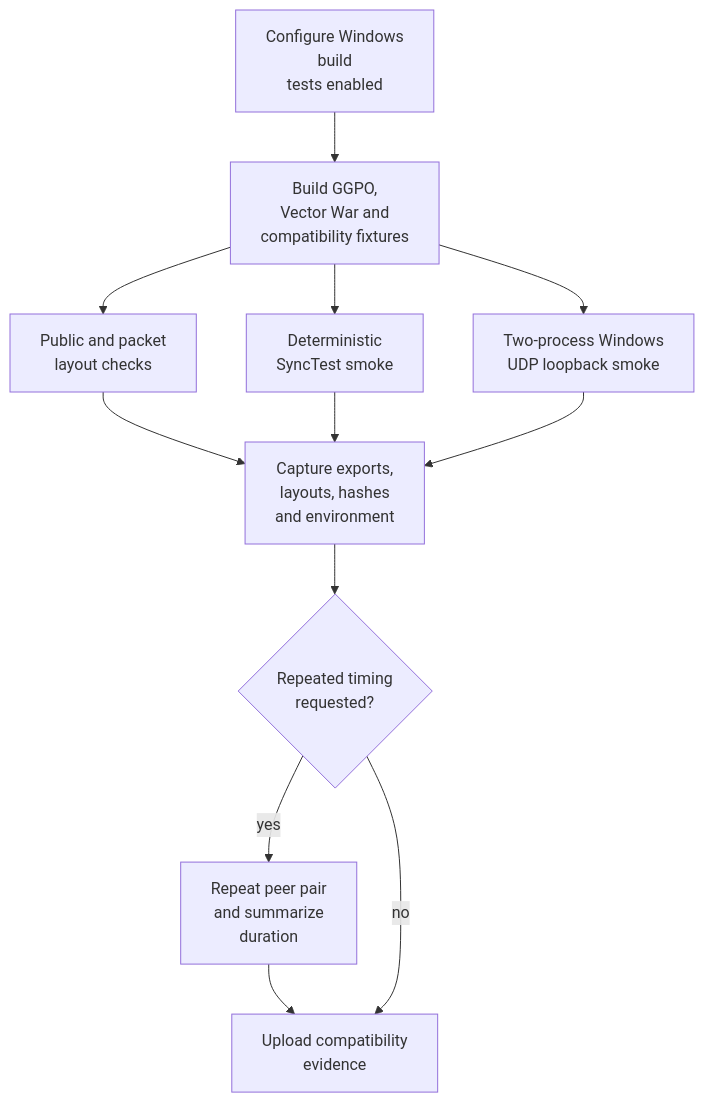
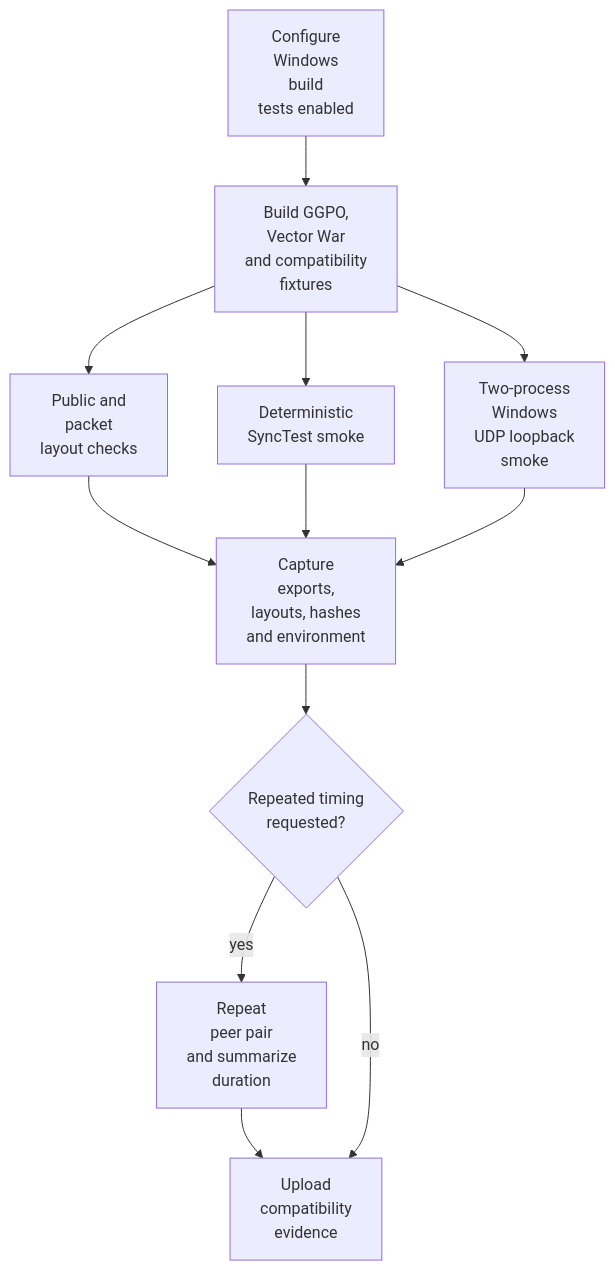
One commit to irregularthanis/ggpo-next changed the first of 3 diagrams in doc/architecture/Testing.md. Above: the diagram before and after it, drawn with Mermaid. The commit also changed other lines of this file, not shown here.

Commit message:
docs: tighten Testing diagram wrapping

````diff
--- a/doc/architecture/Testing.md
+++ b/doc/architecture/Testing.md
@@ -41,23 +41,23 @@
 ```mermaid
 flowchart TD
-    Configure["Configure Windows<br/>build<br/>tests enabled"]
-    Build["Build GGPO,<br/>Vector War and<br/>compatibility fixtures"]
-    Layout["Public and packet<br/>layout checks"]
+    Configure["Configure<br/>Windows<br/>build<br/>tests enabled"]
+    Build["Build GGPO,<br/>Vector War<br/>and compatibility<br/>fixtures"]
+    Layout["Public and<br/>packet<br/>layout checks"]
     Sync["Deterministic<br/>SyncTest smoke"]
-    Peers["Two-process Windows<br/>UDP loopback smoke"]
-    Capture["Capture exports,<br/>layouts, hashes<br/>and environment"]
+    Peers["Two-process<br/>Windows<br/>UDP loopback<br/>smoke"]
+    Capture["Capture<br/>exports,<br/>layouts, hashes<br/>and environment"]
     Noise{"Repeated timing<br/>requested?"}
-    Repeat["Repeat peer pair<br/>and summarize<br/>duration"]
-    Evidence["Upload compatibility<br/>evidence"]
+    Repeat["Repeat<br/>peer pair<br/>and summarize<br/>duration"]
+    Evidence["Upload<br/>compatibility<br/>evidence"]
 
     Configure --> Build
     Build --> Layout
     Build --> Sync
     Build --> Peers
     Layout --> Capture
     Sync --> Capture
     Peers --> Capture
     Capture --> Noise
     Noise -->|"yes"| Repeat --> Evidence
     Noise -->|"no"| Evidence
 ```
````
